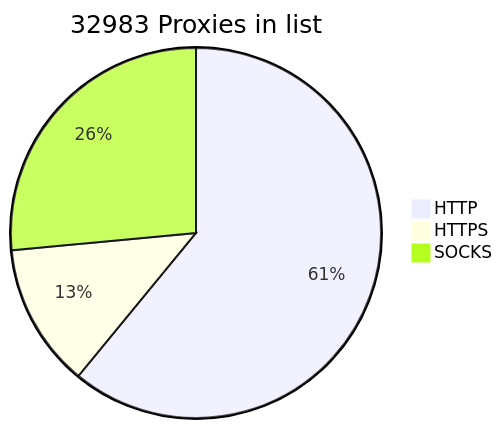
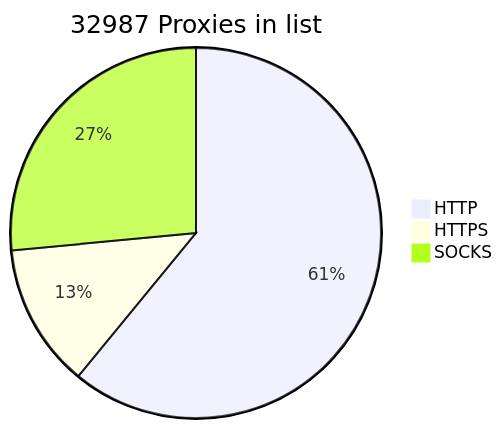
Before and after one commit to BlackSnowDot/proxylist-update-every-minute: the diagram in README.md, drawn with Mermaid.

````diff
--- a/README.md
+++ b/README.md
@@ -2,6 +2,6 @@
 ```mermaid
-pie title 32983 Proxies in list
-    "HTTP" : 22196
+pie title 32987 Proxies in list
+    "HTTP" : 22197
     "HTTPS": 4571
-    "SOCKS" : 9648
+    "SOCKS" : 9652
 ```
````
